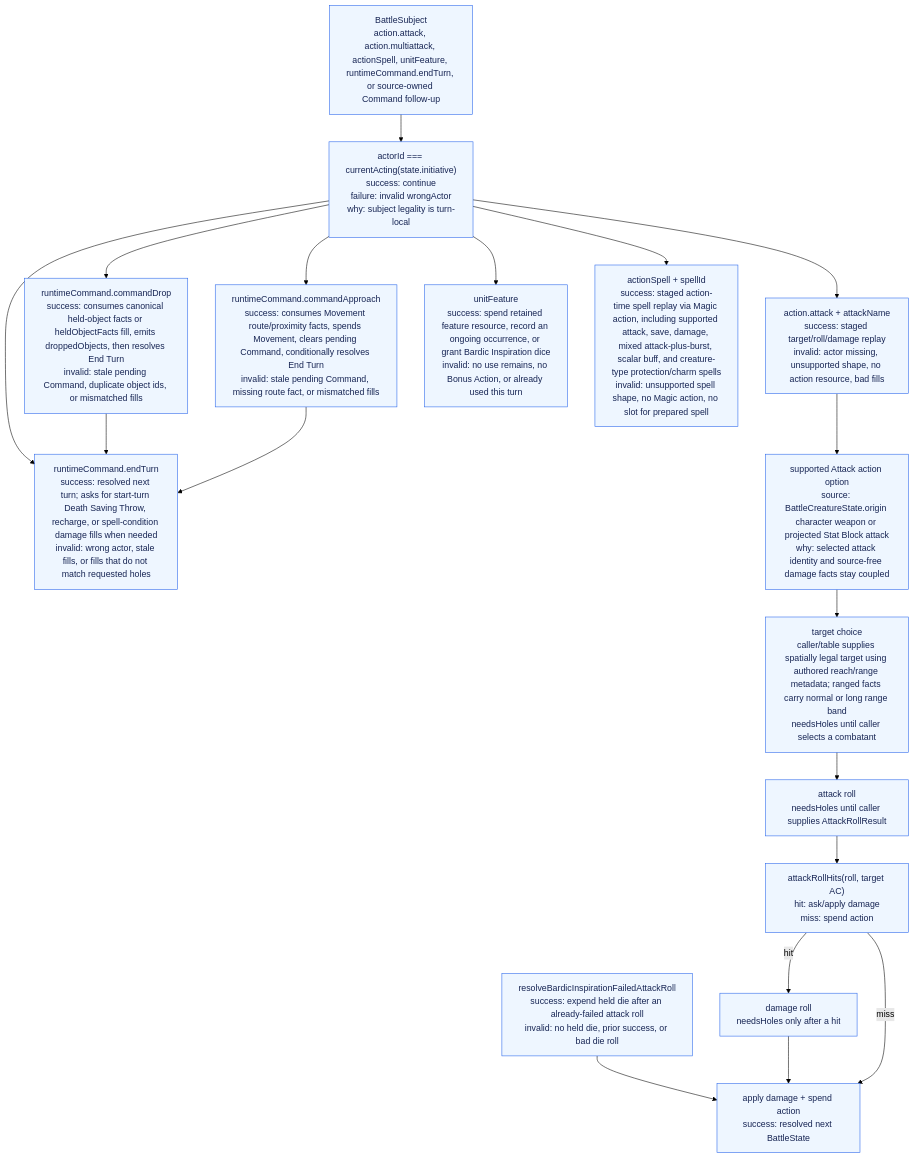
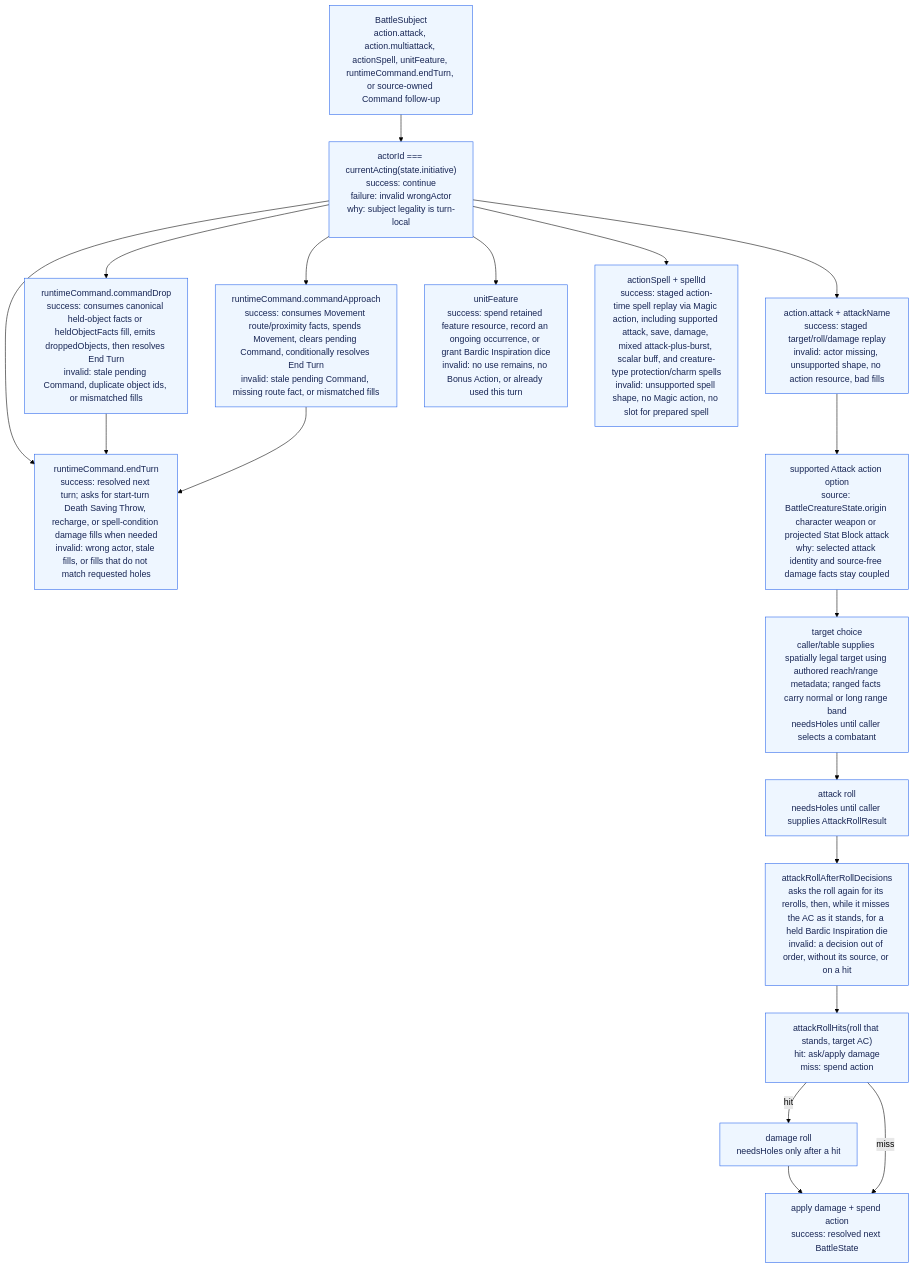
The second of 2 diagrams in packages/battle-runtime/ARCHITECTURE_GRAPH.md (dearlordylord/5e-quint), drawn with Mermaid (forest theme) before and after one commit. The commit also changed other lines of this file and 54 other files, not shown here.

````diff
--- a/packages/battle-runtime/ARCHITECTURE_GRAPH.md
+++ b/packages/battle-runtime/ARCHITECTURE_GRAPH.md
@@ -291,32 +291,31 @@
 ```mermaid
 flowchart TD
   Subject["BattleSubject<br/>action.attack, action.multiattack, actionSpell, unitFeature, runtimeCommand.endTurn, or source-owned Command follow-up"]
   CurrentActor["actorId === currentActing(state.initiative)<br/>success: continue<br/>failure: invalid wrongActor<br/>why: subject legality is turn-local"]
   EndTurn["runtimeCommand.endTurn<br/>success: resolved next turn; asks for start-turn Death Saving Throw, recharge, or spell-condition damage fills when needed<br/>invalid: wrong actor, stale fills, or fills that do not match requested holes"]
   CommandDrop["runtimeCommand.commandDrop<br/>success: consumes canonical held-object facts or heldObjectFacts fill, emits droppedObjects, then resolves End Turn<br/>invalid: stale pending Command, duplicate object ids, or mismatched fills"]
   CommandApproach["runtimeCommand.commandApproach<br/>success: consumes Movement route/proximity facts, spends Movement, clears pending Command, conditionally resolves End Turn<br/>invalid: stale pending Command, missing route fact, or mismatched fills"]
   Attack["action.attack + attackName<br/>success: staged target/roll/damage replay<br/>invalid: actor missing, unsupported shape, no action resource, bad fills"]
   UnitFeature["unitFeature<br/>success: spend retained feature resource, record an ongoing occurrence, or grant Bardic Inspiration dice<br/>invalid: no use remains, no Bonus Action, or already used this turn"]
-  BardicDieUse["resolveBardicInspirationFailedAttackRoll<br/>success: expend held die after an already-failed attack roll<br/>invalid: no held die, prior success, or bad die roll"]
   Magic["actionSpell + spellId<br/>success: staged action-time spell replay via Magic action, including supported attack, save, damage, mixed attack-plus-burst, scalar buff, and creature-type protection/charm spells<br/>invalid: unsupported spell shape, no Magic action, no slot for prepared spell"]
   AttackOption["supported Attack action option<br/>source: BattleCreatureState.origin character weapon or projected Stat Block attack<br/>why: selected attack identity and source-free damage facts stay coupled"]
   Target["target choice<br/>caller/table supplies spatially legal target using authored reach/range metadata; ranged facts carry normal or long range band<br/>needsHoles until caller selects a combatant"]
   Roll["attack roll<br/>needsHoles until caller supplies AttackRollResult"]
-  HitCheck["attackRollHits(roll, target AC)<br/>hit: ask/apply damage<br/>miss: spend action"]
+  AfterRoll["attackRollAfterRollDecisions<br/>asks the roll again for its rerolls, then, while it misses the AC as it stands, for a held Bardic Inspiration die<br/>invalid: a decision out of order, without its source, or on a hit"]
+  HitCheck["attackRollHits(roll that stands, target AC)<br/>hit: ask/apply damage<br/>miss: spend action"]
   DamageHole["damage roll<br/>needsHoles only after a hit"]
   Apply["apply damage + spend action<br/>success: resolved next BattleState"]
 
   Subject --> CurrentActor
   CurrentActor --> EndTurn
   CurrentActor --> CommandDrop --> EndTurn
   CurrentActor --> CommandApproach --> EndTurn
-  CurrentActor --> Attack --> AttackOption --> Target --> Roll --> HitCheck
+  CurrentActor --> Attack --> AttackOption --> Target --> Roll --> AfterRoll --> HitCheck
   CurrentActor --> UnitFeature
   CurrentActor --> Magic
-  BardicDieUse --> Apply
   HitCheck -->|hit| DamageHole --> Apply
   HitCheck -->|miss| Apply
 
   classDef implemented fill:#eef6ff,stroke:#2563eb,color:#172554;
-  class Subject,CurrentActor,EndTurn,CommandDrop,CommandApproach,Attack,UnitFeature,BardicDieUse,Magic,AttackOption,Target,Roll,HitCheck,DamageHole,Apply implemented;
+  class Subject,CurrentActor,EndTurn,CommandDrop,CommandApproach,Attack,UnitFeature,AfterRoll,Magic,AttackOption,Target,Roll,HitCheck,DamageHole,Apply implemented;
 ```
````
